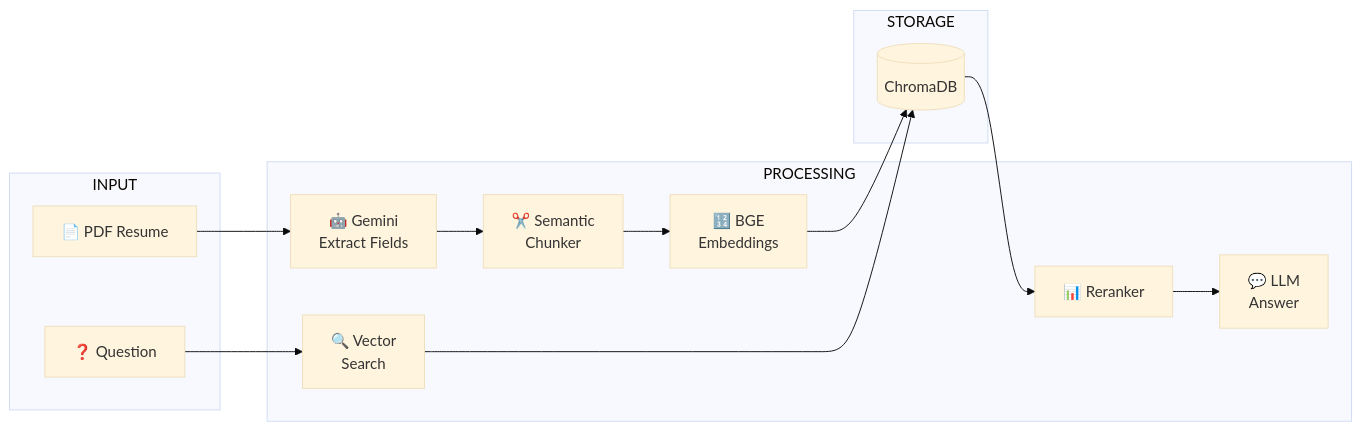
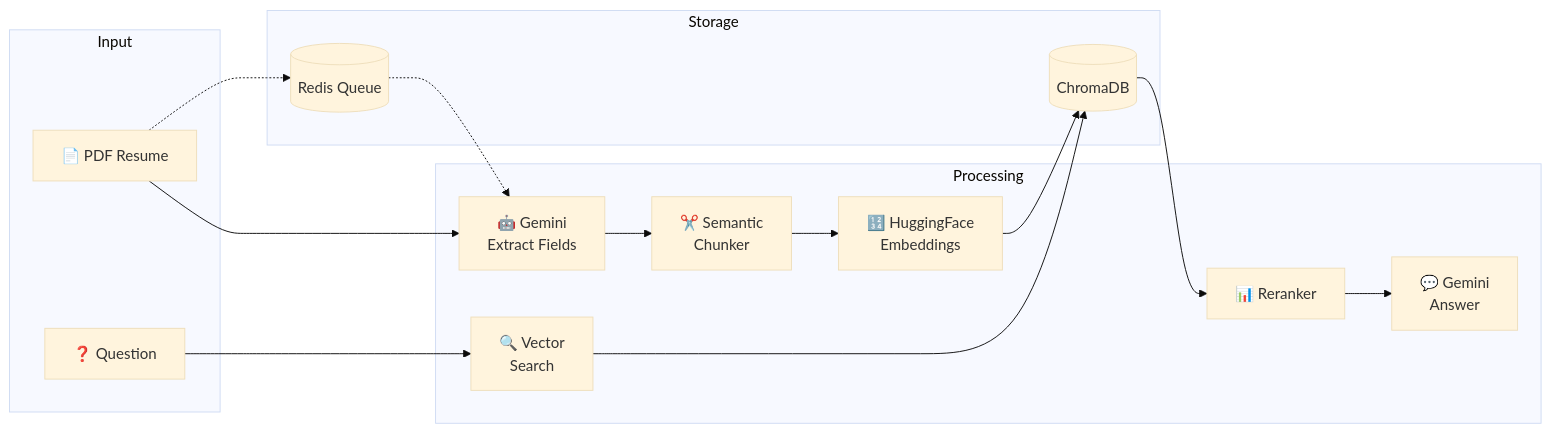
The first of 3 diagrams in README.md (Priyanshukumaranand/mcp-resume-engine), drawn with Mermaid (base theme) before and after one commit. The commit also changed other lines of this file and 15 other files, not shown here.

First line of the commit message:
feat: Add HuggingFace embeddings, Redis queue, and improved docs

````diff
--- a/README.md
+++ b/README.md
@@ -7,24 +13,26 @@
 ```mermaid
 flowchart LR
-    subgraph INPUT
+    subgraph Input
         PDF[📄 PDF Resume]
         Q[❓ Question]
     end
     
-    subgraph PROCESSING
+    subgraph Processing
         Extract[🤖 Gemini<br/>Extract Fields]
         Chunk[✂️ Semantic<br/>Chunker]
-        Embed[🔢 BGE<br/>Embeddings]
+        Embed[🔢 HuggingFace<br/>Embeddings]
         Search[🔍 Vector<br/>Search]
         Rerank[📊 Reranker]
-        Answer[💬 LLM<br/>Answer]
+        Answer[💬 Gemini<br/>Answer]
     end
     
-    subgraph STORAGE
+    subgraph Storage
         DB[(ChromaDB)]
+        Redis[(Redis Queue)]
     end
     
     PDF --> Extract --> Chunk --> Embed --> DB
     Q --> Search --> DB
     DB --> Rerank --> Answer
+    PDF -.-> Redis -.-> Extract
 ```
````
